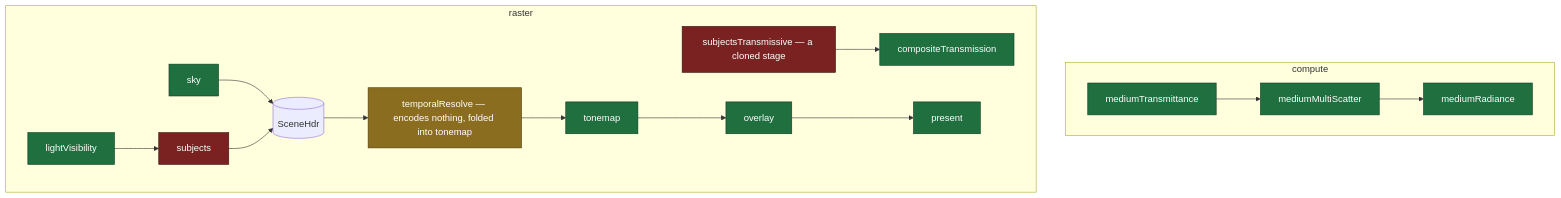
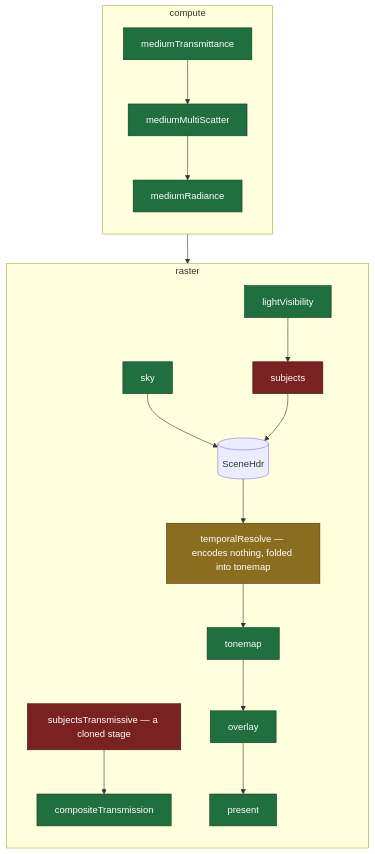
Before and after one commit to Weichwolf/outshine: the fourth of 11 diagrams in CLAUDE.md, drawn with Mermaid. The commit also changed other lines of this file, not shown here.

Commit message:
CLAUDE.md: the two render-plan diagrams stack vertically -- the compute chain feeds the sky, so the subgraphs order themselves

````diff
--- a/CLAUDE.md
+++ b/CLAUDE.md
@@ -96,21 +96,24 @@
 ```mermaid
 flowchart TD
   subgraph compute
+    direction TB
     T["mediumTransmittance"] --> M["mediumMultiScatter"] --> R["mediumRadiance"]
   end
   subgraph raster
+    direction TB
     LV["lightVisibility"] --> SUBJ
     SKY["sky"] --> HDR[("SceneHdr")]
     SUBJ["subjects"] --> HDR
     GLASS["subjectsTransmissive — a cloned stage"] --> CT["compositeTransmission"]
     HDR --> TAA["temporalResolve — encodes nothing, folded into tonemap"] --> TONE["tonemap"]
     TONE --> OV["overlay"] --> P["present"]
   end
+  R --> SKY
 
   classDef sound fill:#1f6f3f,stroke:#0d3b21,color:#fff
   classDef unsure fill:#8a6d1f,stroke:#4a3a0d,color:#fff
   classDef wrong fill:#7a2222,stroke:#3d1111,color:#fff
   class T,M,R,SKY,LV,CT,TONE,OV,P sound
   class TAA unsure
   class SUBJ,GLASS wrong
 ```
````
